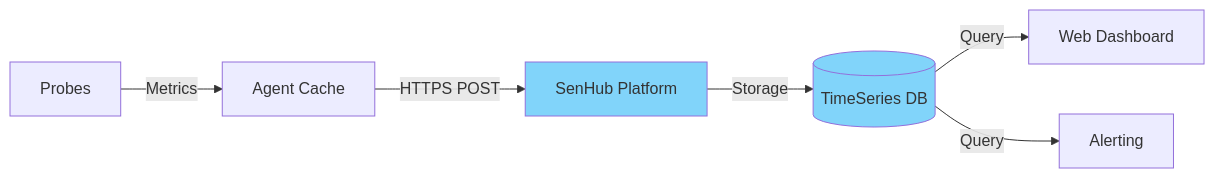
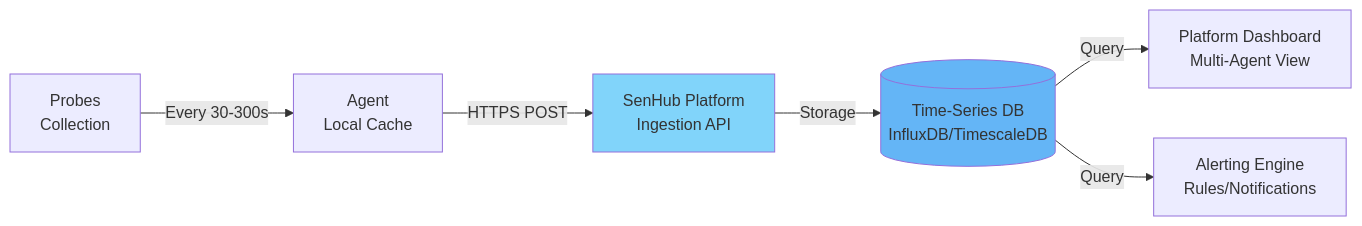
The sixth of 9 diagrams in docs/user-guide/OPERATING-MODES.md (senhub-io/senhub-agent), drawn with Mermaid before and after one commit. The commit also changed other lines of this file and 7 other files, not shown here.

````diff
--- a/docs/user-guide/OPERATING-MODES.md
+++ b/docs/user-guide/OPERATING-MODES.md
@@ -459,11 +574,11 @@
 ```mermaid
 graph LR
-    A[Probes] -->|Metrics| B[Agent Cache]
-    B -->|HTTPS POST| C[SenHub Platform]
-    C -->|Storage| D[(TimeSeries DB)]
-    D -->|Query| E[Web Dashboard]
-    D -->|Query| F[Alerting]
+    A[Probes<br/>Collection] -->|Every 30-300s| B[Agent<br/>Local Cache]
+    B -->|HTTPS POST| C[SenHub Platform<br/>Ingestion API]
+    C -->|Storage| D[(Time-Series DB<br/>InfluxDB/TimescaleDB)]
+    D -->|Query| E[Platform Dashboard<br/>Multi-Agent View]
+    D -->|Query| F[Alerting Engine<br/>Rules/Notifications]
 
     style C fill:#81d4fa
-    style D fill:#81d4fa
+    style D fill:#64b5f6
 ```
````
